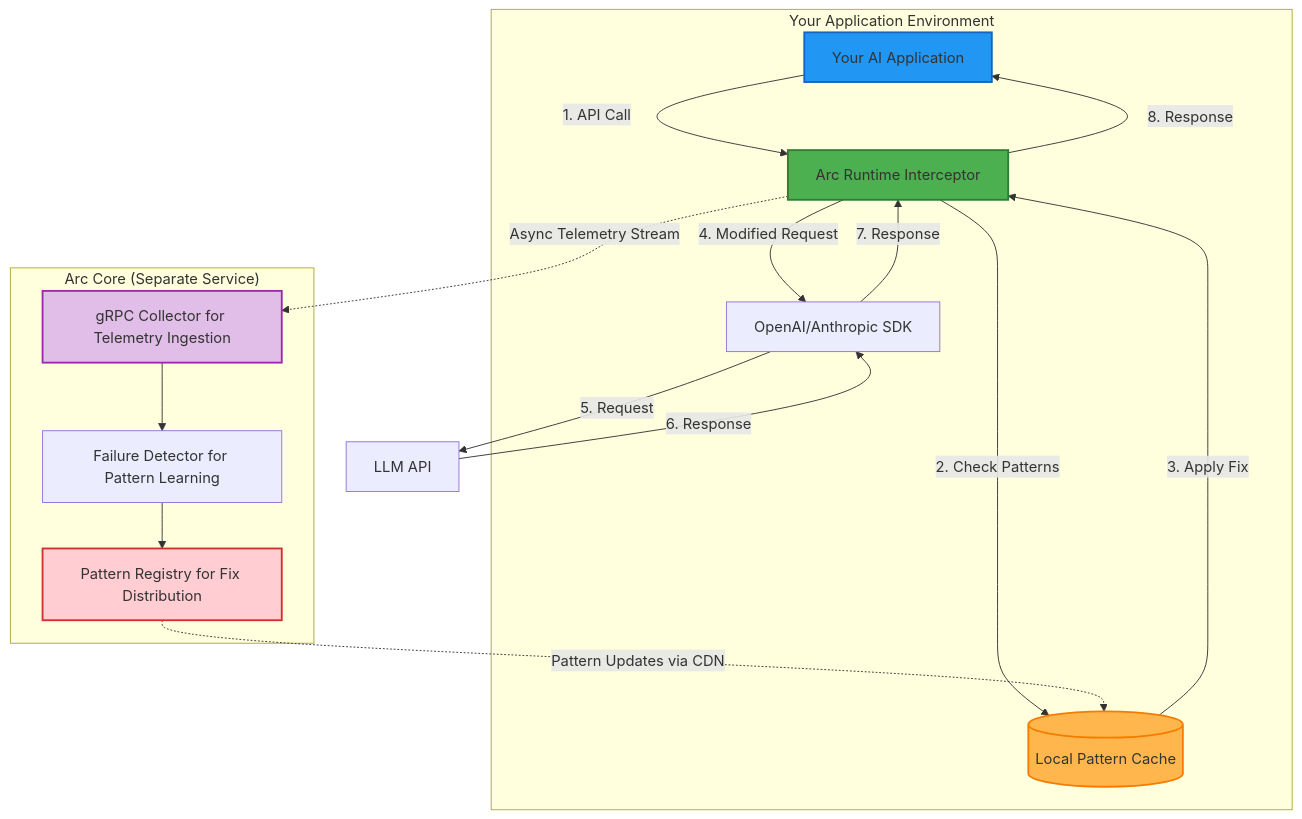
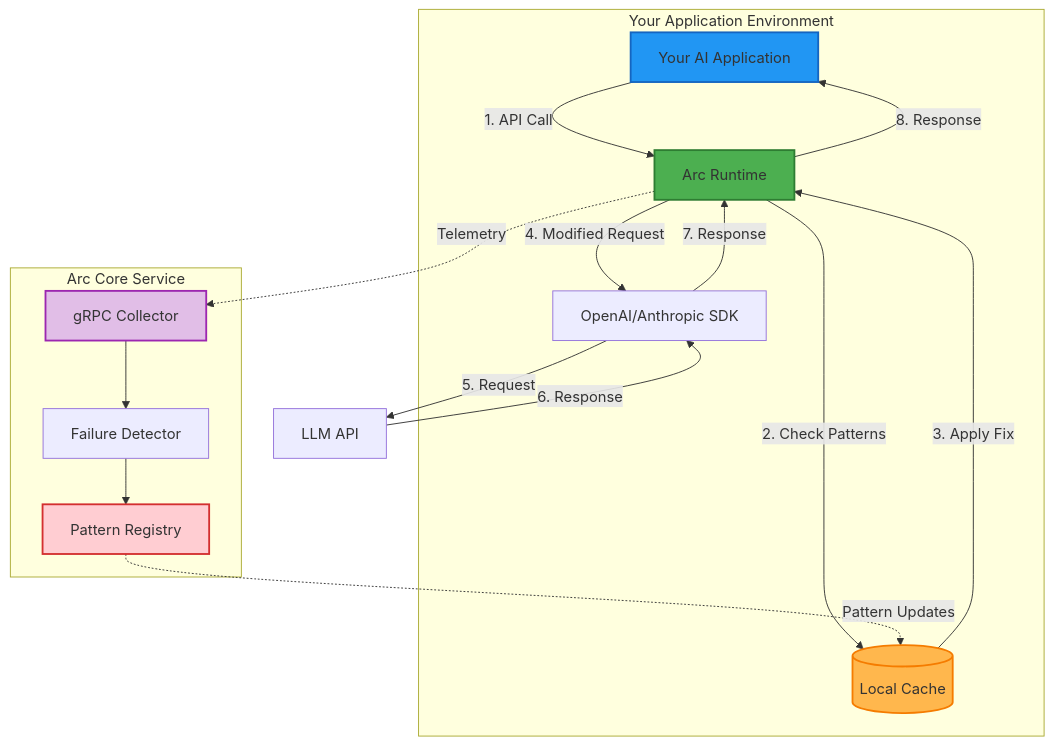
Before and after one commit to Arc-Computer/runtime: the diagram in README.md, drawn with Mermaid.

````diff
--- a/README.md
+++ b/README.md
@@ -33,37 +33,37 @@
 ```mermaid
 graph TB
     subgraph "Your Application Environment"
         App[Your AI Application]
-        Arc[Arc Runtime Interceptor]
+        Arc[Arc Runtime]
         SDK[OpenAI/Anthropic SDK]
-        Cache[(Local Pattern Cache)]
+        Cache[(Local Cache)]
         
         App -->|1. API Call| Arc
         Arc -->|2. Check Patterns| Cache
         Cache -->|3. Apply Fix| Arc
         Arc -->|4. Modified Request| SDK
     end
     
     SDK -->|5. Request| API[LLM API]
     API -->|6. Response| SDK
     SDK -->|7. Response| Arc
     Arc -->|8. Response| App
     
-    subgraph "Arc Core (Separate Service)"
-        Collector[gRPC Collector for Telemetry Ingestion]
-        Detector[Failure Detector for Pattern Learning]
-        Registry[Pattern Registry for Fix Distribution]
+    subgraph "Arc Core Service"
+        Collector[gRPC Collector]
+        Detector[Failure Detector]
+        Registry[Pattern Registry]
         
         Collector --> Detector
         Detector --> Registry
     end
     
-    Arc -.->|Async Telemetry Stream| Collector
-    Registry -.->|Pattern Updates via CDN| Cache
+    Arc -.->|Telemetry| Collector
+    Registry -.->|Pattern Updates| Cache
     
     style Arc fill:#4CAF50,stroke:#2E7D32,stroke-width:2px
     style App fill:#2196F3,stroke:#1565C0,stroke-width:2px
     style Cache fill:#FFB74D,stroke:#F57C00,stroke-width:2px
     style Collector fill:#E1BEE7,stroke:#9C27B0,stroke-width:2px
     style Registry fill:#FFCDD2,stroke:#D32F2F,stroke-width:2px
 ```
````
